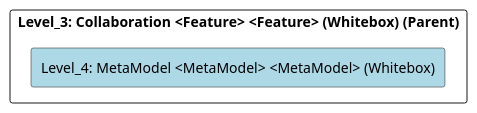
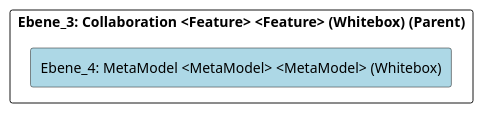
The diagram in doc/cleonproject_deliverables_architecture_model_architecture/adoc/de/05_bausteinsicht/cleon/publishing/collaboration/metamodel/ebene_4_metamodel.adoc (marcozwyssig/cleon), drawn with PlantUML before and after one commit. The commit also changed other lines of this file and 214 other files, not shown here.

```diff
--- a/doc/cleonproject_deliverables_architecture_model_architecture/adoc/de/05_bausteinsicht/cleon/publishing/collaboration/metamodel/ebene_4_metamodel.adoc
+++ b/doc/cleonproject_deliverables_architecture_model_architecture/adoc/de/05_bausteinsicht/cleon/publishing/collaboration/metamodel/ebene_4_metamodel.adoc
@@ -24,24 +24,24 @@
-[plantuml, Level_4: MetaModel <MetaModel> <MetaModel> (Whitebox)BlockOverview, format="svg"]
+[plantuml, Ebene_4: MetaModel <MetaModel> <MetaModel> (Whitebox)BlockOverview, format="svg"]
 ----
-@startuml Level_4: MetaModel <MetaModel> <MetaModel> (Whitebox)BuildingBlockOverview
+@startuml Ebene_4: MetaModel <MetaModel> <MetaModel> (Whitebox)BuildingBlockOverview
 
 skinparam ranksep 10
 skinparam componentStyle rectangle
 skinparam shadowing false
 skinparam arrowColor lightblue
 skinparam arrowThickness 1.2
 skinparam rectangle {
   BackgroundColor White
   BorderColor #333
   RoundCorner 10
 }
 top to bottom direction
 
-component "Level_3: Collaboration <Feature> <Feature> (Whitebox) (Parent)" {
-    component "Level_4: MetaModel <MetaModel> <MetaModel> (Whitebox)" #lightblue {
+component "Ebene_3: Collaboration <Feature> <Feature> (Whitebox) (Parent)" {
+    component "Ebene_4: MetaModel <MetaModel> <MetaModel> (Whitebox)" #lightblue {
     }
 
 }
 
 @enduml
 ----
```
